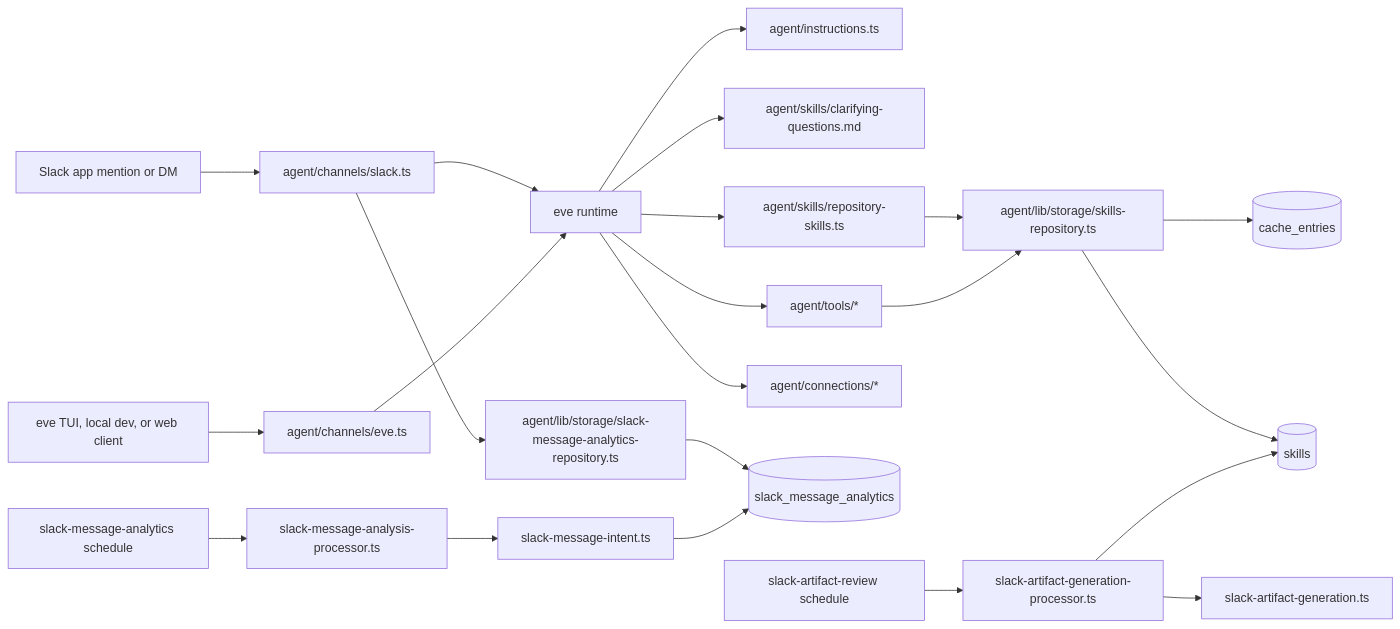
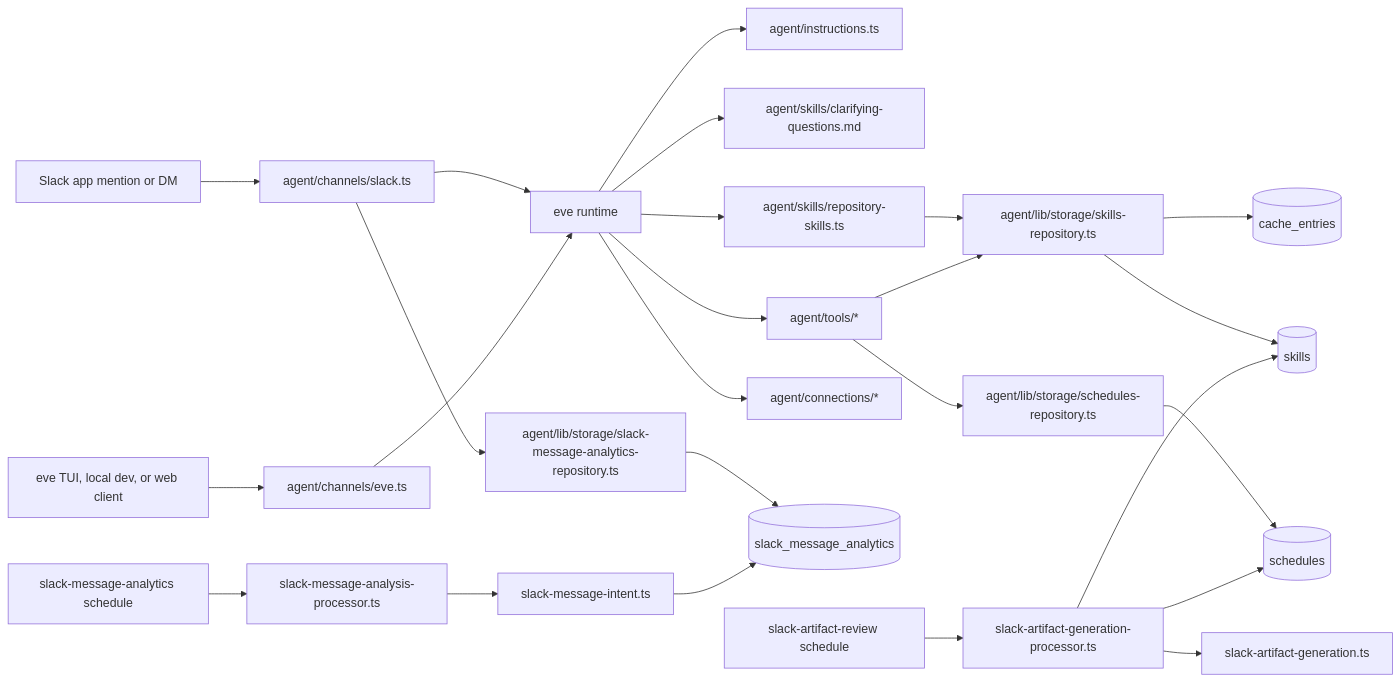
The first of 5 diagrams in README.md (GorobVictor/slack-ai-agent-eve), drawn with Mermaid before and after one commit. The commit also changed other lines of this file and 1 other file, not shown here.

First line of the commit message:
ref: document schedule artifact architecture

````diff
--- a/README.md
+++ b/README.md
@@ -67,30 +69,33 @@
 ```mermaid
 flowchart LR
   Slack[Slack app mention or DM] --> SlackChannel[agent/channels/slack.ts]
   EveClient[eve TUI, local dev, or web client] --> EveChannel[agent/channels/eve.ts]
 
   SlackChannel --> EveRuntime[eve runtime]
   EveChannel --> EveRuntime
 
   EveRuntime --> Instructions[agent/instructions.ts]
   EveRuntime --> StaticSkill[agent/skills/clarifying-questions.md]
   EveRuntime --> DynamicSkills[agent/skills/repository-skills.ts]
   EveRuntime --> Tools[agent/tools/*]
   EveRuntime --> Connections[agent/connections/*]
 
   DynamicSkills --> SkillsRepo[agent/lib/storage/skills-repository.ts]
   Tools --> SkillsRepo
   SkillsRepo --> Cache[(cache_entries)]
   SkillsRepo --> Skills[(skills)]
+  Tools --> SchedulesRepo[agent/lib/storage/schedules-repository.ts]
+  SchedulesRepo --> Schedules[(schedules)]
 
   SlackChannel --> AnalyticsRepo[agent/lib/storage/slack-message-analytics-repository.ts]
   AnalyticsRepo --> SlackAnalytics[(slack_message_analytics)]
 
   ScheduleA[slack-message-analytics schedule] --> AnalyticsProcessor[slack-message-analysis-processor.ts]
   AnalyticsProcessor --> IntentModel[slack-message-intent.ts]
   IntentModel --> SlackAnalytics
 
   ScheduleB[slack-artifact-review schedule] --> ArtifactProcessor[slack-artifact-generation-processor.ts]
   ArtifactProcessor --> ArtifactModel[slack-artifact-generation.ts]
   ArtifactProcessor --> Skills
+  ArtifactProcessor --> Schedules
 ```
````
